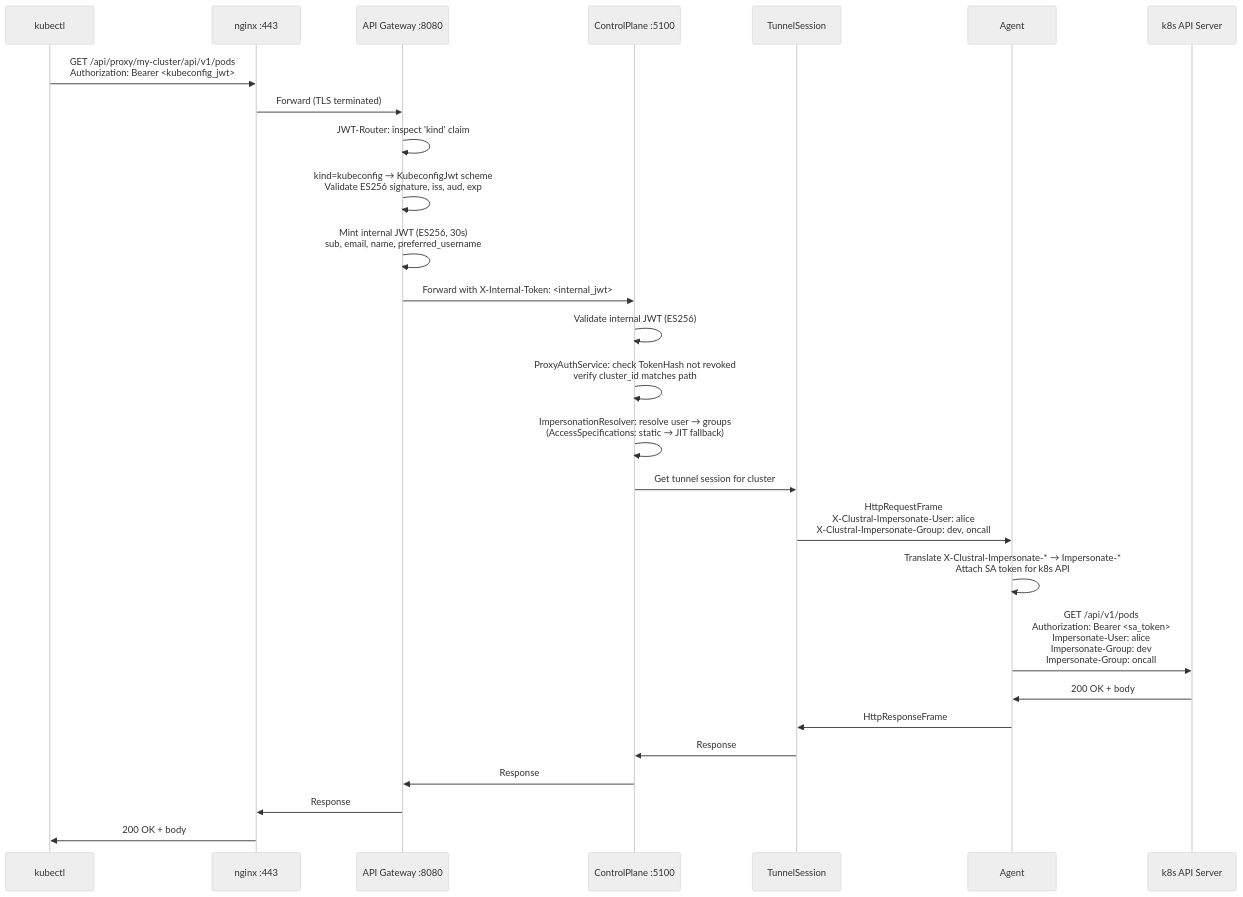
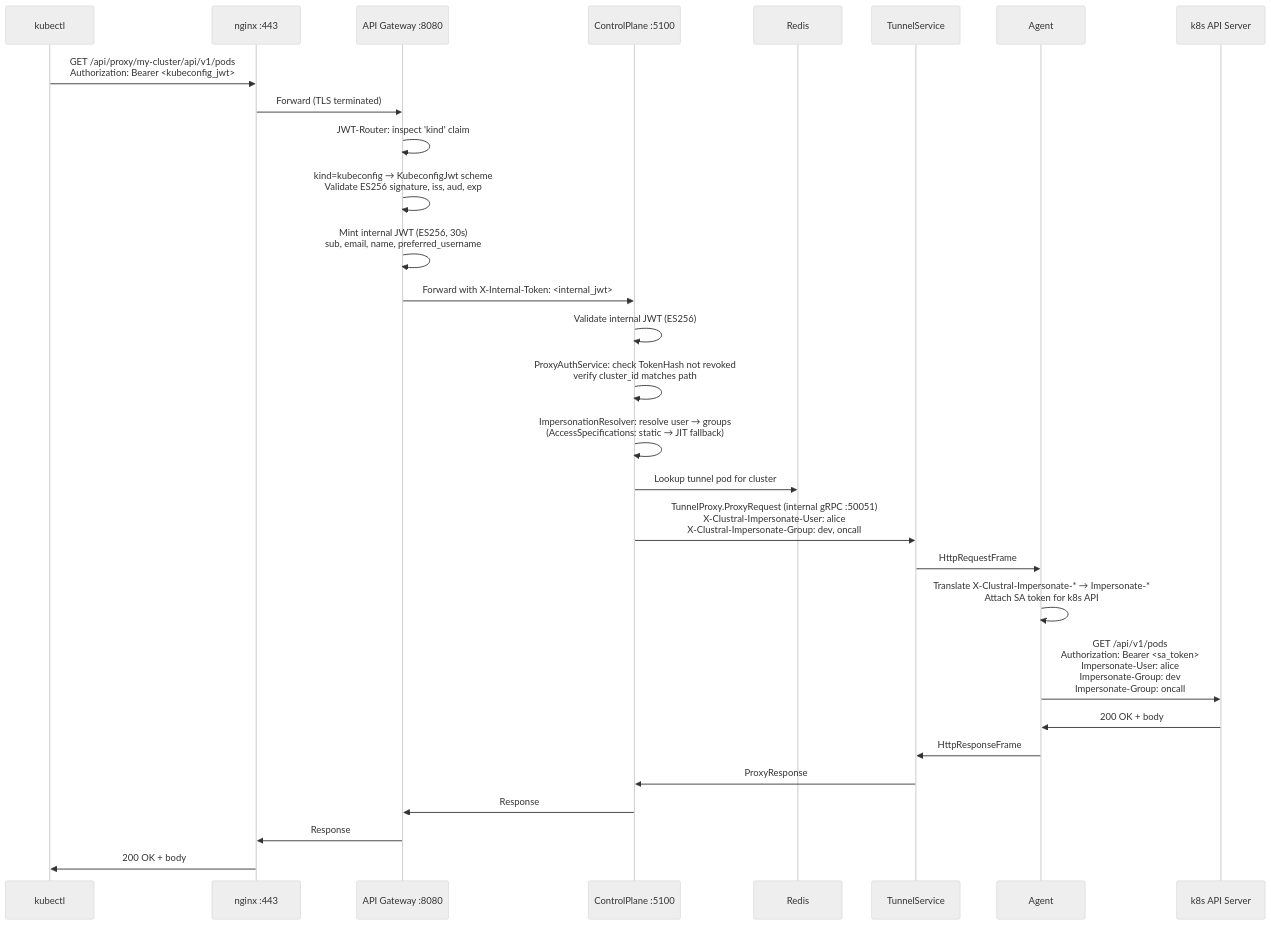
One commit to Clustral/clustral changed the third of 3 diagrams in docs-site/architecture/authentication-flows.md. Above: the diagram before and after it, drawn with Mermaid (neutral theme). The commit also changed other lines of this file and 10 other files, not shown here.

First line of the commit message:
docs: update all diagrams + docs for TunnelService split (#4)

````diff
--- a/docs-site/architecture/authentication-flows.md
+++ b/docs-site/architecture/authentication-flows.md
@@ -137,30 +137,32 @@
 ```mermaid
 sequenceDiagram
     participant K as kubectl
     participant NG as nginx :443
     participant GW as API Gateway :8080
     participant CP as ControlPlane :5100
-    participant TS as TunnelSession
+    participant REDIS as Redis
+    participant TS as TunnelService
     participant AG as Agent
     participant API as k8s API Server
 
     K->>NG: GET /api/proxy/my-cluster/api/v1/pods<br/>Authorization: Bearer <kubeconfig_jwt>
     NG->>GW: Forward (TLS terminated)
     GW->>GW: JWT-Router: inspect 'kind' claim
     GW->>GW: kind=kubeconfig → KubeconfigJwt scheme<br/>Validate ES256 signature, iss, aud, exp
     GW->>GW: Mint internal JWT (ES256, 30s)<br/>sub, email, name, preferred_username
     GW->>CP: Forward with X-Internal-Token: <internal_jwt>
     CP->>CP: Validate internal JWT (ES256)
     CP->>CP: ProxyAuthService: check TokenHash not revoked<br/>verify cluster_id matches path
     CP->>CP: ImpersonationResolver: resolve user → groups<br/>(AccessSpecifications: static → JIT fallback)
-    CP->>TS: Get tunnel session for cluster
-    TS->>AG: HttpRequestFrame<br/>X-Clustral-Impersonate-User: alice<br/>X-Clustral-Impersonate-Group: dev, oncall
+    CP->>REDIS: Lookup tunnel pod for cluster
+    CP->>TS: TunnelProxy.ProxyRequest (internal gRPC :50051)<br/>X-Clustral-Impersonate-User: alice<br/>X-Clustral-Impersonate-Group: dev, oncall
+    TS->>AG: HttpRequestFrame
     AG->>AG: Translate X-Clustral-Impersonate-* → Impersonate-*<br/>Attach SA token for k8s API
     AG->>API: GET /api/v1/pods<br/>Authorization: Bearer <sa_token><br/>Impersonate-User: alice<br/>Impersonate-Group: dev<br/>Impersonate-Group: oncall
     API->>AG: 200 OK + body
     AG->>TS: HttpResponseFrame
-    TS->>CP: Response
+    TS->>CP: ProxyResponse
     CP->>GW: Response
     GW->>NG: Response
     NG->>K: 200 OK + body
 ```
````
